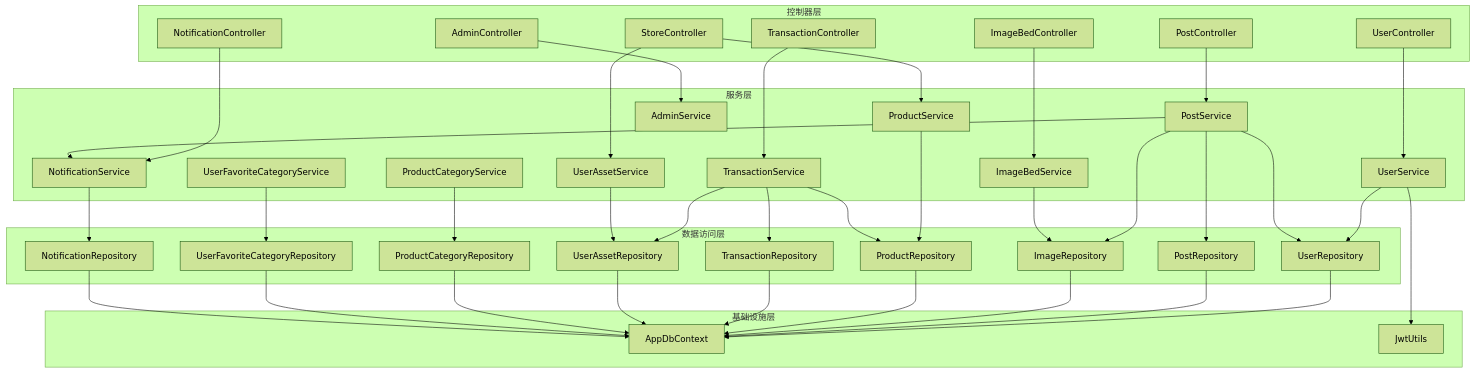
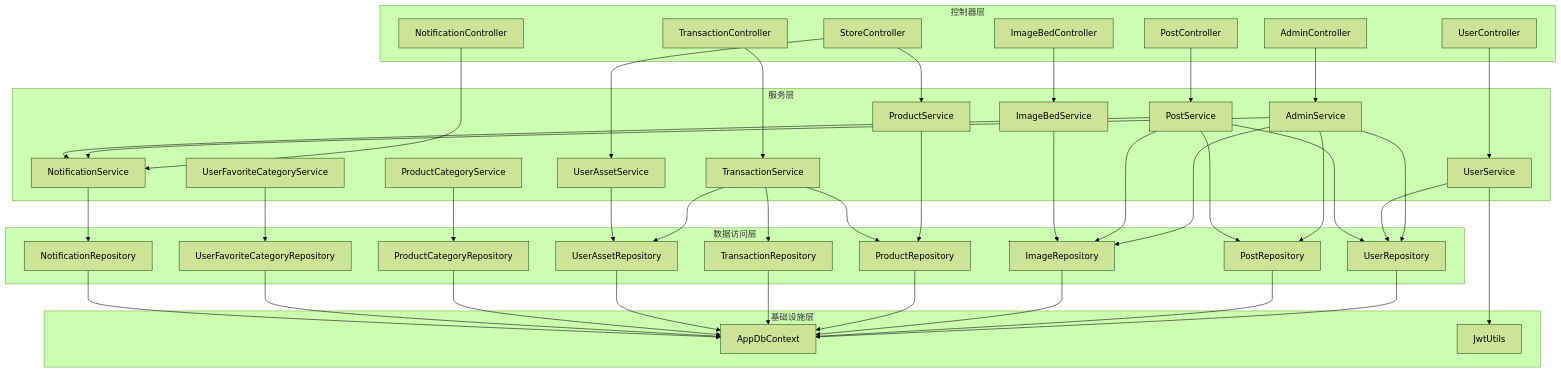
The second of 14 diagrams in report/report.md (57UU/southern_money), drawn with Mermaid (forest theme) before and after one commit. The commit also changed other lines of this file, not shown here.

```diff
--- a/report/report.md
+++ b/report/report.md
@@ -175,6 +175,10 @@
       TransactionController --> TransactionService
 
       %% 服务依赖仓库和其他服务
+      AdminService --> UserRepository
+      AdminService --> ImageRepository
+      AdminService --> PostRepository
+      AdminService --> NotificationService
       UserService --> UserRepository
       PostService --> PostRepository
       PostService --> ImageRepository
```
